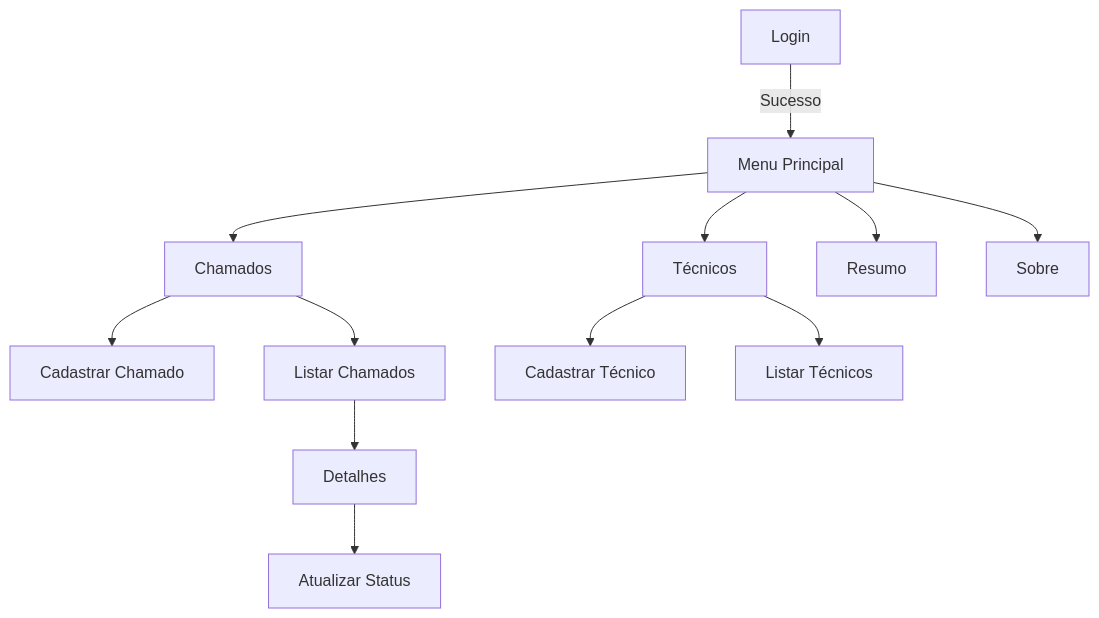
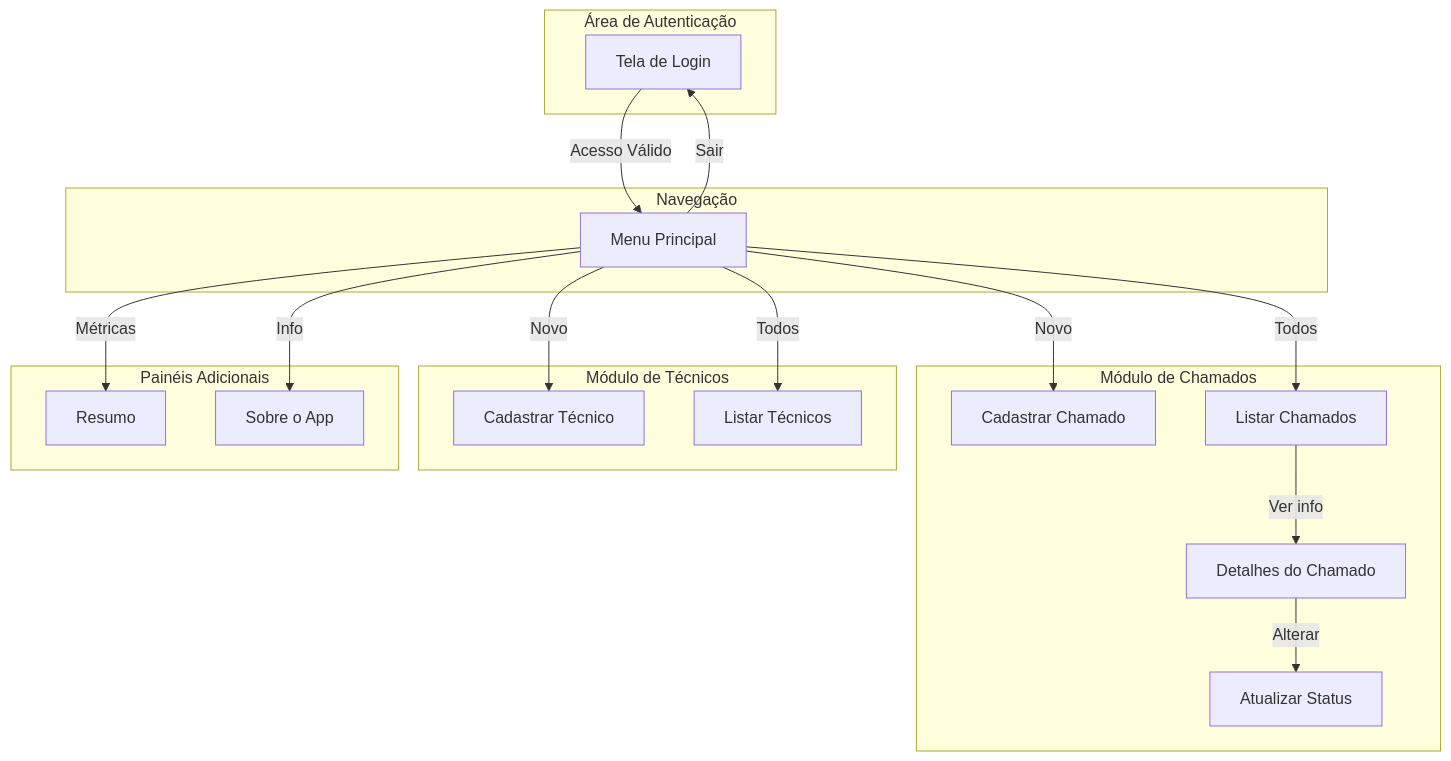
Before and after one commit to EduardoHenrrykSimonato/portfolio-2-claretiano: the first of 6 diagrams in README.md, drawn with Mermaid. The commit also changed other lines of this file, not shown here.

Commit message:
Melhora diagramas Mermaid do README

````diff
--- a/README.md
+++ b/README.md
@@ -248,14 +248,38 @@
 ```mermaid
-graph TD
-    A[Login] -->|Sucesso| B[Menu Principal]
-    B --> C[Chamados]
-    B --> D[Técnicos]
-    B --> E[Resumo]
-    B --> F[Sobre]
-    C --> C1[Cadastrar Chamado]
-    C --> C2[Listar Chamados]
-    C2 --> C3[Detalhes]
-    C3 --> C4[Atualizar Status]
-    D --> D1[Cadastrar Técnico]
-    D --> D2[Listar Técnicos]
+flowchart TD
+    subgraph Autenticacao ["Área de Autenticação"]
+        L[Tela de Login]
+    end
+
+    subgraph Menu ["Navegação"]
+        MP[Menu Principal]
+    end
+
+    subgraph ModuloChamados ["Módulo de Chamados"]
+        CC[Cadastrar Chamado]
+        LC[Listar Chamados]
+        DC[Detalhes do Chamado]
+        AS[Atualizar Status]
+    end
+
+    subgraph ModuloTecnicos ["Módulo de Técnicos"]
+        CT[Cadastrar Técnico]
+        LT[Listar Técnicos]
+    end
+
+    subgraph Sistema ["Painéis Adicionais"]
+        RC[Resumo]
+        SO[Sobre o App]
+    end
+
+    L -->|Acesso Válido| MP
+    MP -->|Novo| CC
+    MP -->|Todos| LC
+    LC -->|Ver info| DC
+    DC -->|Alterar| AS
+    MP -->|Novo| CT
+    MP -->|Todos| LT
+    MP -->|Métricas| RC
+    MP -->|Info| SO
+    MP -->|Sair| L
 ```
````
